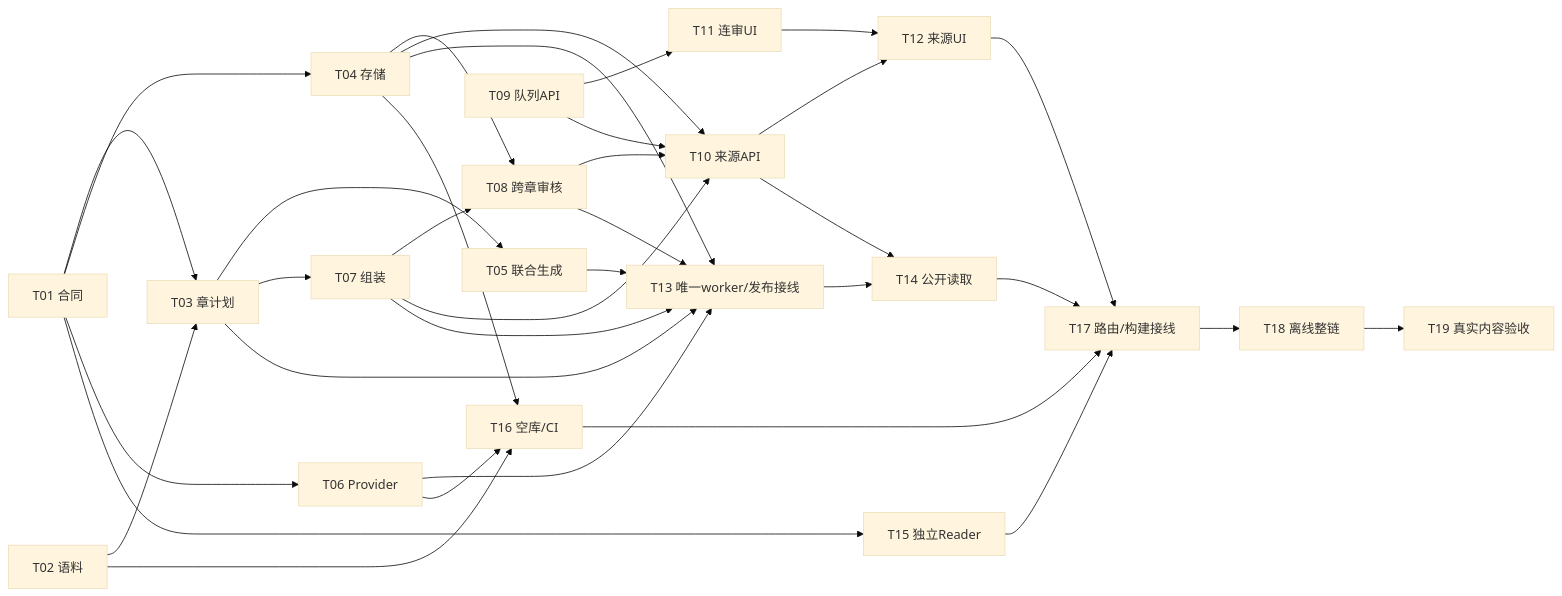
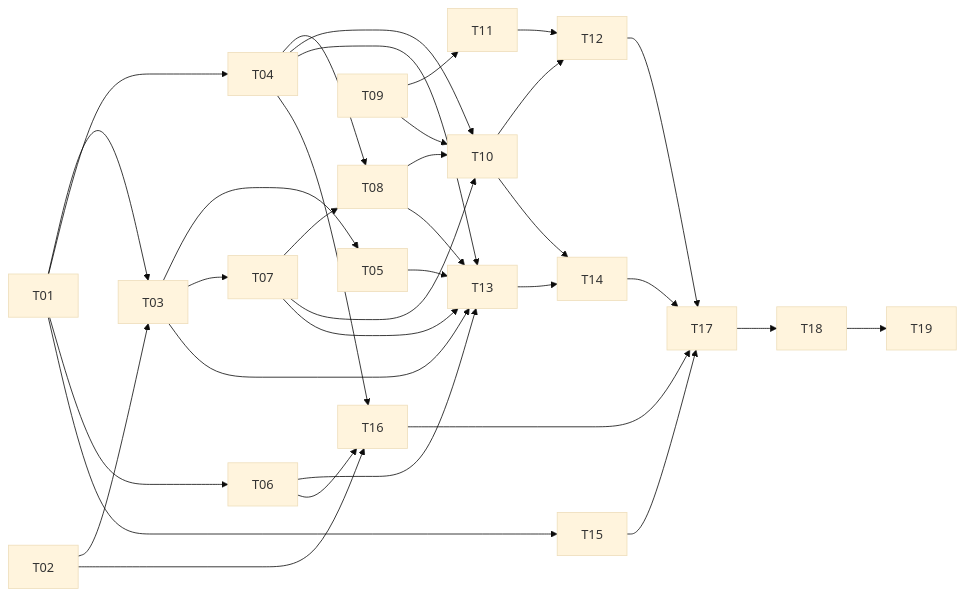
Before and after one commit to 6spot/Loom: the diagram in docs/tasks/chronicle/first-round/README.md, drawn with Mermaid (base theme). The commit also changed other lines of this file, not shown here.

````diff
--- a/docs/tasks/chronicle/first-round/README.md
+++ b/docs/tasks/chronicle/first-round/README.md
@@ -54,36 +58,36 @@
 ```mermaid
 flowchart LR
-  T01["T01 合同"] --> T03["T03 章计划"]
-  T02["T02 语料"] --> T03
-  T01 --> T04["T04 存储"]
-  T01 --> T06["T06 Provider"]
-  T01 --> T15["T15 独立Reader"]
-  T03 --> T05["T05 联合生成"]
-  T03 --> T07["T07 组装"]
-  T04 --> T08["T08 跨章审核"]
+  T01 --> T03
+  T02 --> T03
+  T01 --> T04
+  T01 --> T06
+  T01 --> T15
+  T03 --> T05
+  T03 --> T07
+  T04 --> T08
   T07 --> T08
-  T09["T09 队列API"] --> T11["T11 连审UI"]
-  T09 --> T10["T10 来源API"]
+  T09 --> T11
+  T09 --> T10
   T08 --> T10
   T04 --> T10
   T07 --> T10
-  T10 --> T12["T12 来源UI"]
+  T10 --> T12
   T11 --> T12
-  T03 --> T13["T13 唯一worker/发布接线"]
+  T03 --> T13
   T04 --> T13
   T05 --> T13
   T06 --> T13
   T07 --> T13
   T08 --> T13
-  T10 --> T14["T14 公开读取"]
+  T10 --> T14
   T13 --> T14
-  T02 --> T16["T16 空库/CI"]
+  T02 --> T16
   T04 --> T16
   T06 --> T16
-  T12 --> T17["T17 路由/构建接线"]
+  T12 --> T17
   T14 --> T17
   T15 --> T17
   T16 --> T17
-  T17 --> T18["T18 离线整链"]
-  T18 --> T19["T19 真实内容验收"]
+  T17 --> T18
+  T18 --> T19
 ```
````
